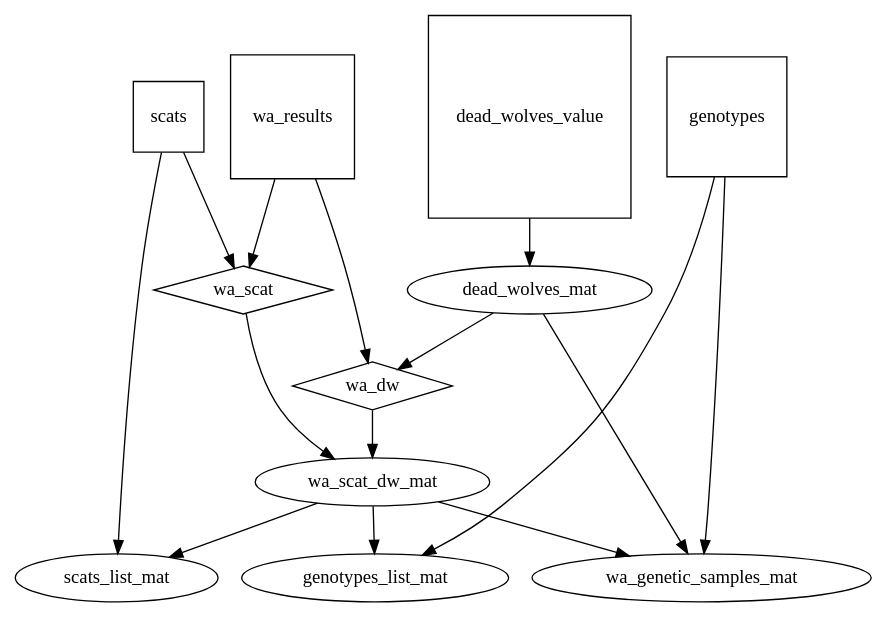
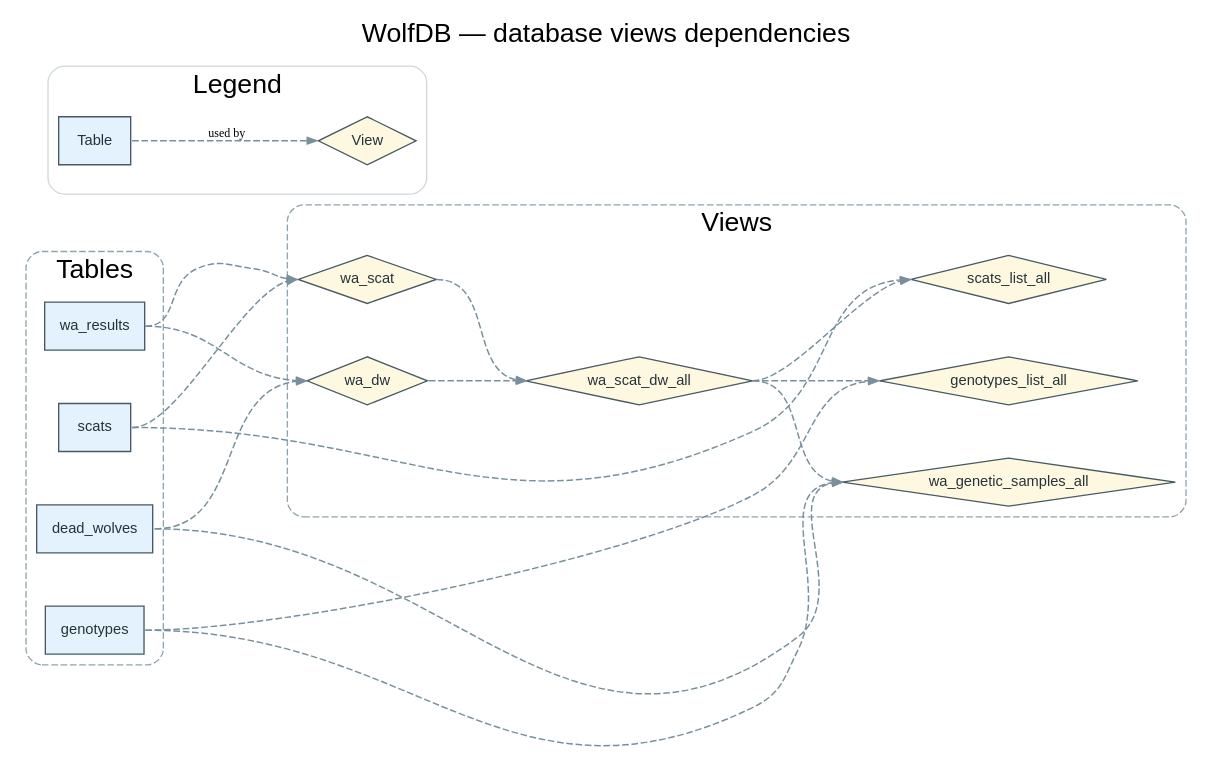
One commit to olivierfriard/wolfdb changed the diagram in src/database/database_views.dot. Above: the diagram before and after it, drawn with Graphviz. The commit also changed 1 other file, not shown here.

```diff
--- a/src/database/database_views.dot
+++ b/src/database/database_views.dot
@@ -1,38 +1,86 @@
-digraph G {
+digraph wolfdb_views {
+    graph [
+        label="WolfDB — database views dependencies",
+        labelloc="t",
+        fontsize=20,
+        fontname="Helvetica",
+        rankdir=LR,
+        nodesep=0.55,
+        ranksep=0.9,
+        splines=spline,
+        bgcolor="white"
+    ];
 
-    // schema of database tables (square), views (diamond) and materialized views (ellipse)
- {
-        rank=same;
-        scats [shape=square];
-        wa_results [shape=square];
-        dead_wolves_value [shape=square];
-        genotypes [shape=square];
+    node [
+        fontname="Helvetica",
+        fontsize=11,
+        style="filled",
+        color="#455a64",
+        fontcolor="#263238"
+    ];
+
+    edge [
+        color="#78909c",
+        arrowsize=0.7,
+        style=dashed,
+        penwidth=1.1,
+        tailport=e,
+        headport=w
+    ];
+
+    subgraph cluster_tables {
+        label="Tables";
+        color="#90a4ae";
+        style="rounded,dashed";
+
+        node [shape=box, fillcolor="#e3f2fd"];
+        scats;
+        dead_wolves;
+        wa_results;
+        genotypes;
     }
 
-    wa_scat [shape=diamond];
-    wa_dw  [shape=diamond];
+    subgraph cluster_views {
+        label="Views";
+        color="#90a4ae";
+        style="rounded,dashed";
 
-    // Edges
-    scats -> scats_list_mat;
+        node [shape=diamond, fillcolor="#fff8e1"];
+        wa_scat;
+        wa_dw;
+        wa_scat_dw_all;
+        wa_genetic_samples_all;
+        genotypes_list_all;
+        scats_list_all;
+    }
+
+    // Direct view dependencies.
     scats -> wa_scat;
+    wa_results -> wa_scat;
 
-    wa_results -> wa_scat;
+    dead_wolves -> wa_dw;
     wa_results -> wa_dw;
 
-    wa_dw -> wa_scat_dw_mat;
+    wa_scat -> wa_scat_dw_all;
+    wa_dw -> wa_scat_dw_all;
 
-    wa_scat -> wa_scat_dw_mat;
+    wa_scat_dw_all -> wa_genetic_samples_all;
+    genotypes -> wa_genetic_samples_all;
+    dead_wolves -> wa_genetic_samples_all;
 
-    dead_wolves_value -> dead_wolves_mat;
+    wa_scat_dw_all -> genotypes_list_all;
+    genotypes -> genotypes_list_all;
 
-    dead_wolves_mat -> wa_dw;
-    dead_wolves_mat -> wa_genetic_samples_mat;
+    scats -> scats_list_all;
+    wa_scat_dw_all -> scats_list_all;
 
-    wa_scat_dw_mat -> scats_list_mat;
-    wa_scat_dw_mat -> wa_genetic_samples_mat;
-    wa_scat_dw_mat -> genotypes_list_mat;
+    subgraph cluster_legend {
+        label="Legend";
+        color="#cfd8dc";
+        style="rounded";
 
-    genotypes -> wa_genetic_samples_mat;
-    genotypes -> genotypes_list_mat;
-
+        legend_table [label="Table", shape=box, fillcolor="#e3f2fd"];
+        legend_view [label="View", shape=diamond, fillcolor="#fff8e1"];
+        legend_table -> legend_view [label="  used by", fontsize=9];
+    }
 }
```
